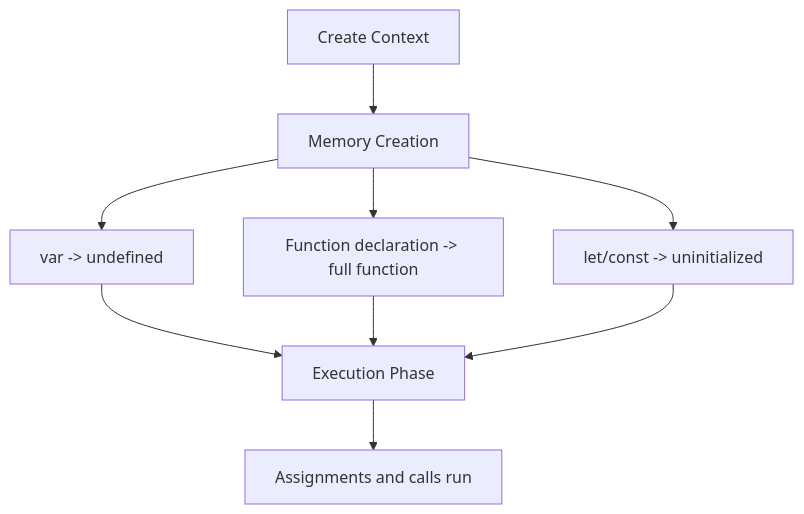
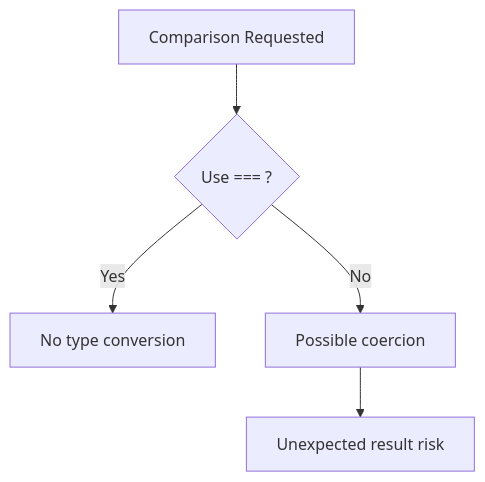
Before and after one commit to AbhishekDhone7/javascript-git-basics: the fourth of 16 diagrams in JavaScript-Beginners-Guide.md, drawn with Mermaid. The commit also changed other lines of this file and 1 other file, not shown here.

````diff
--- a/JavaScript-Beginners-Guide.md
+++ b/JavaScript-Beginners-Guide.md
@@ -295,11 +276,7 @@
 ```mermaid
 flowchart TD
-A[Create Context] --> B[Memory Creation]
-B --> C[var -> undefined]
-B --> D[Function declaration -> full function]
-B --> E[let/const -> uninitialized]
-C --> F[Execution Phase]
-D --> F
-E --> F
-F --> G[Assignments and calls run]
+A[Comparison Requested] --> B{Use === ?}
+B -- Yes --> C[No type conversion]
+B -- No --> D[Possible coercion]
+D --> E[Unexpected result risk]
 ```
````
